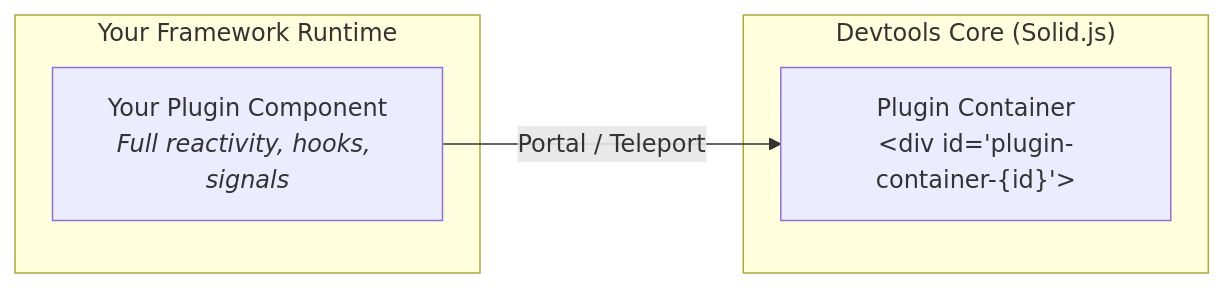
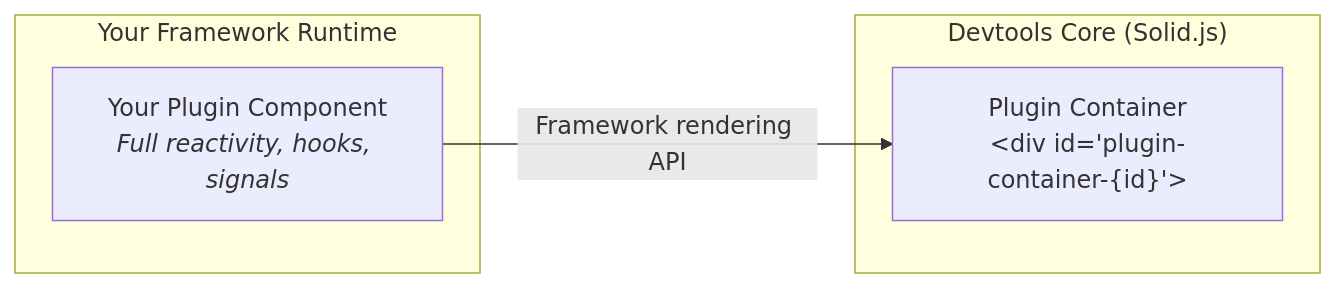
The second of 2 diagrams in docs/plugin-lifecycle.md (TanStack/devtools), drawn with Mermaid before and after one commit. The commit also changed other lines of this file and 22 other files, not shown here.

````diff
--- a/docs/plugin-lifecycle.md
+++ b/docs/plugin-lifecycle.md
@@ -172,10 +203,10 @@
 ```mermaid
 graph LR
     subgraph fw["Your Framework Runtime"]
         comp["Your Plugin Component<br/><i>Full reactivity, hooks, signals</i>"]
     end
     subgraph core["Devtools Core (Solid.js)"]
         container["Plugin Container<br/>&lt;div id='plugin-container-{id}'&gt;"]
     end
-    comp -- "Portal / Teleport" --> container
+    comp -- "Framework rendering API" --> container
 ```
````
